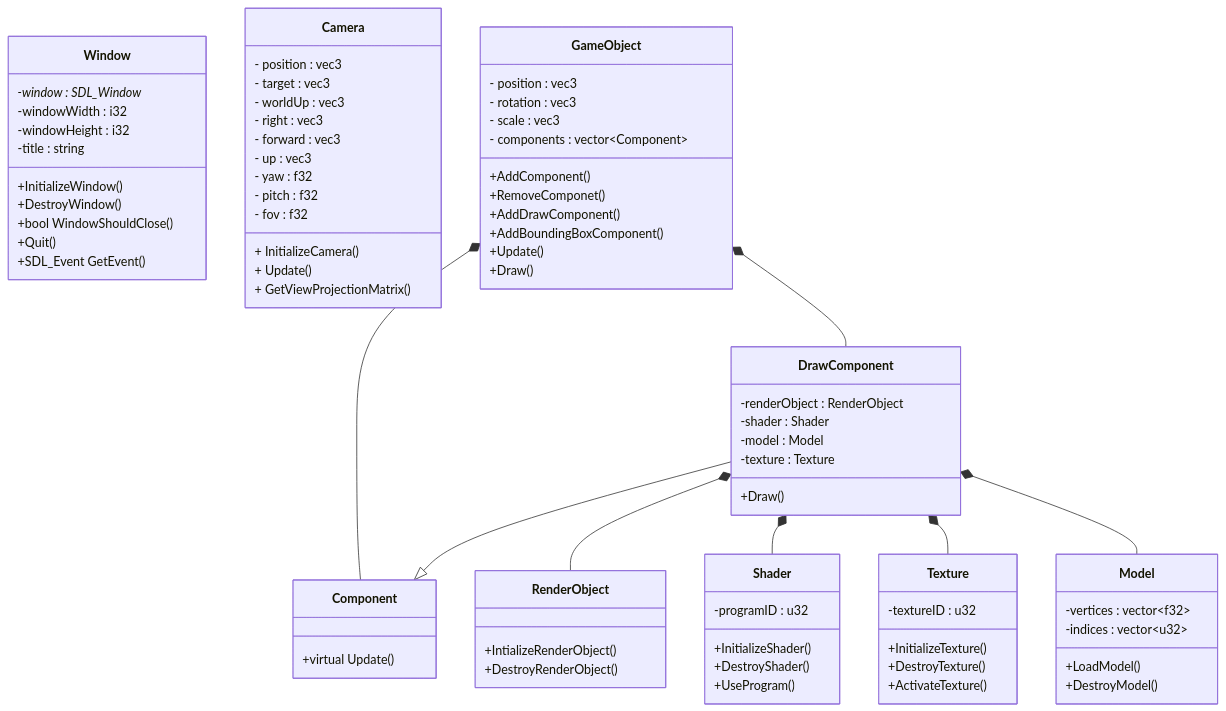
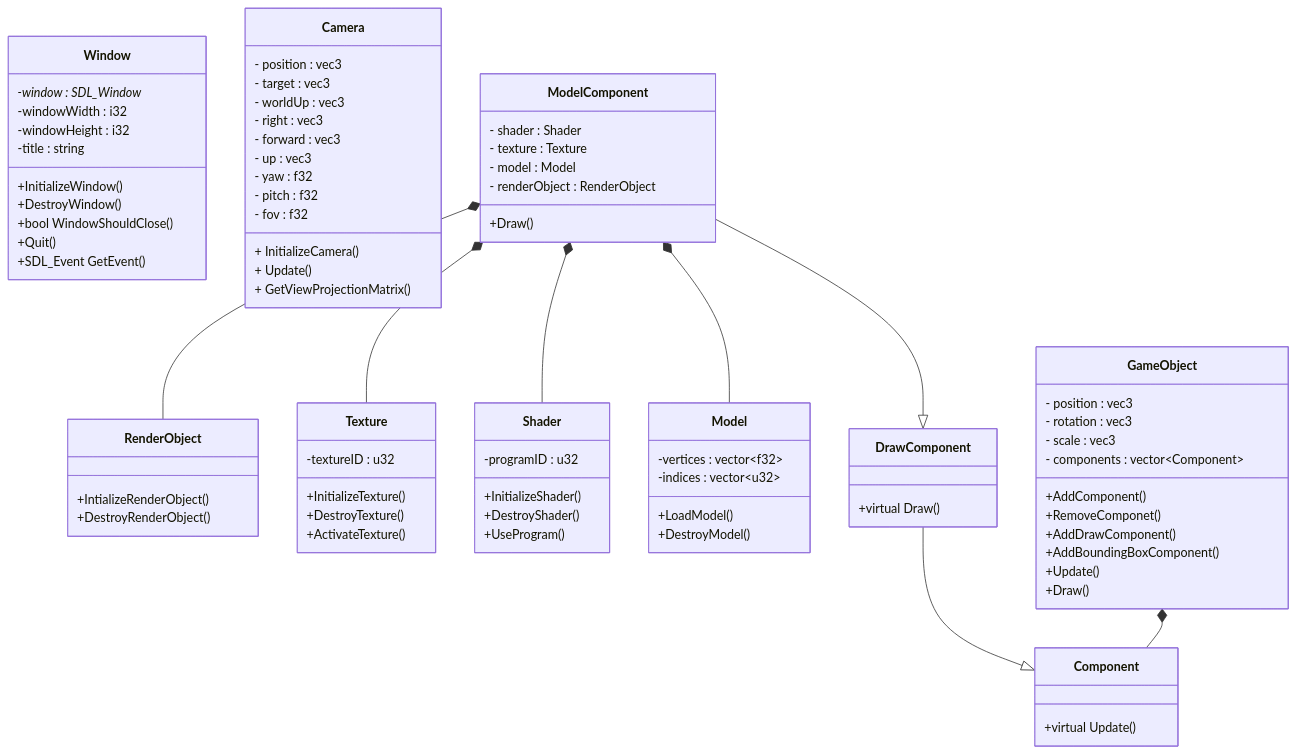
The diagram in class_diagram.md (MeindertKempe/LSD), drawn with Mermaid before and after one commit.

Commit message:
updated class diagram

````diff
--- a/class_diagram.md
+++ b/class_diagram.md
@@ -53,10 +53,14 @@
     }
 
     class DrawComponent{
-        -renderObject : RenderObject
-        -shader : Shader
-        -model : Model
-        -texture : Texture
+        +virtual Draw()
+    }
+
+    class ModelComponent{
+        - shader : Shader
+        - texture : Texture
+        - model : Model
+        - renderObject : RenderObject
         +Draw()
     }
 
@@ -75,10 +79,10 @@
     }
 
     DrawComponent --|> Component
-    DrawComponent *-- RenderObject
-    DrawComponent *-- Shader
-    DrawComponent *-- Texture
-    DrawComponent *-- Model
+    ModelComponent --|> DrawComponent
+    ModelComponent *-- RenderObject
+    ModelComponent *-- Shader
+    ModelComponent *-- Texture
+    ModelComponent *-- Model
     GameObject *-- Component
-    GameObject *-- DrawComponent
 ```
````
